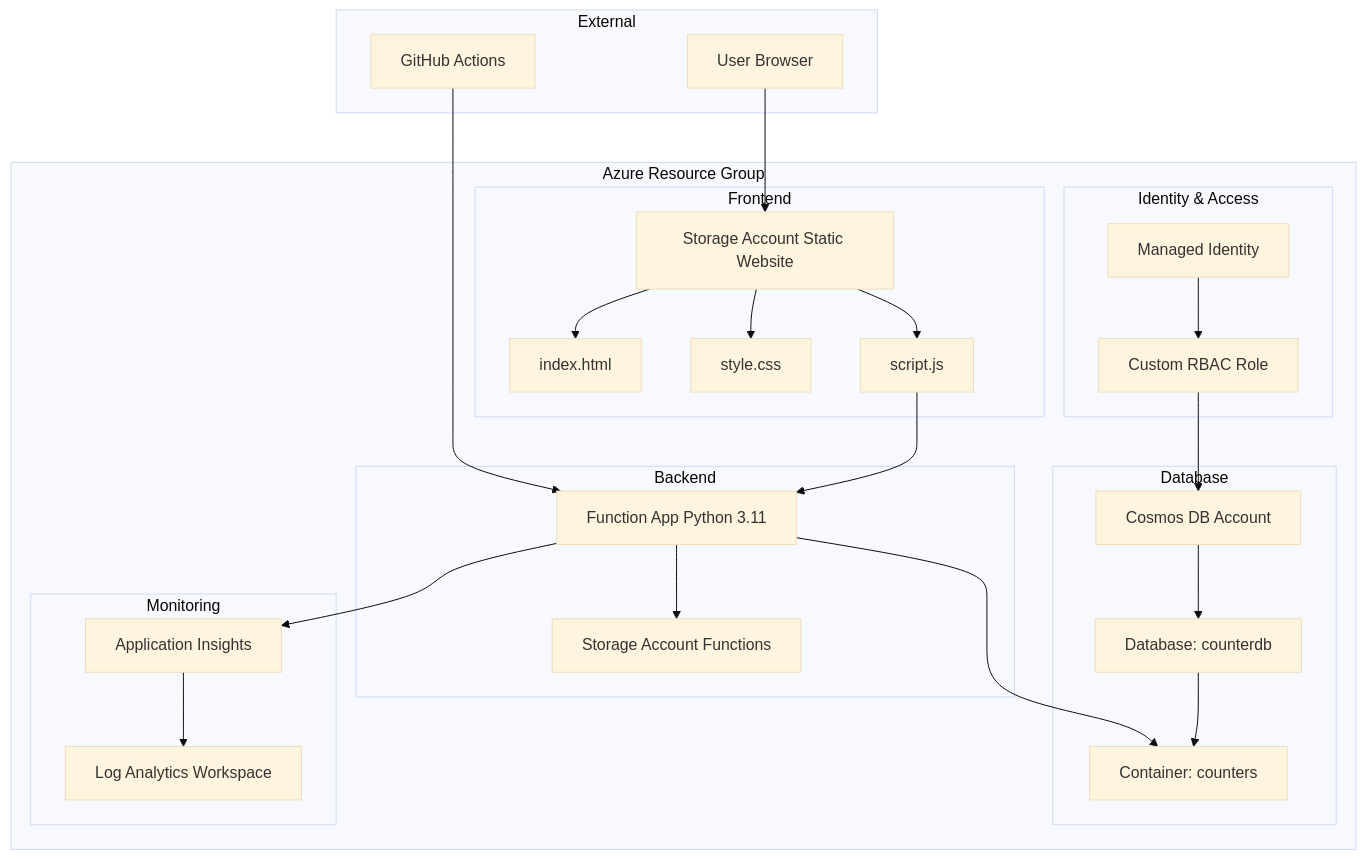
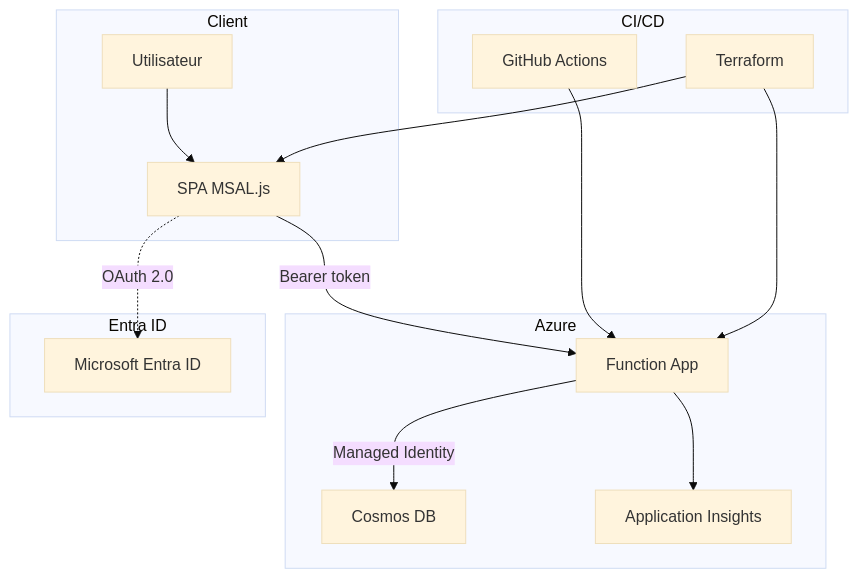
Before and after one commit to Glutenfree69/Azure_function: the third of 3 diagrams in README.md, drawn with Mermaid (base theme). The commit also changed other lines of this file and 1 other file, not shown here.

Commit message:
:bento: trimsuffix pour les cors parce que azure c'est a chier + docs :bento:

````diff
--- a/README.md
+++ b/README.md
@@ -632,47 +104,22 @@
 ```mermaid
 graph TB
-    subgraph "Azure Resource Group"
-        subgraph "Frontend"
-            SW[Storage Account Static Website]
-            SW --> HTML[index.html]
-            SW --> CSS[style.css] 
-            SW --> JS[script.js]
-        end
-        
-        subgraph "Backend"
-            FA[Function App Python 3.11]
-            SA[Storage Account Functions]
-            FA --> SA
-        end
-        
-        subgraph "Database"
-            CDB[Cosmos DB Account]
-            CDB --> DB[Database: counterdb]
-            DB --> CONT[Container: counters]
-        end
-        
-        subgraph "Monitoring"
-            LAW[Log Analytics Workspace]
-            AI[Application Insights]
-            AI --> LAW
-        end
-        
-        subgraph "Identity & Access"
-            MI[Managed Identity]
-            RBAC[Custom RBAC Role]
-            MI --> RBAC
-            RBAC --> CDB
-        end
+    subgraph Client
+        USER[Utilisateur] --> SPA[SPA MSAL.js]
     end
     
-    subgraph "External"
-        USER[User Browser]
-        GH[GitHub Actions]
+    subgraph Azure
+        SPA --> |Bearer token| FA[Function App]
+        FA --> |Managed Identity| COSMOS[Cosmos DB]
+        FA --> AI[Application Insights]
     end
     
-    USER --> SW
-    JS --> FA
-    FA --> CONT
-    GH --> FA
-    FA --> AI
+    subgraph "Entra ID"
+        SPA -.->|OAuth 2.0| ENTRA[Microsoft Entra ID]
+    end
+    
+    subgraph "CI/CD"
+        GH[GitHub Actions] --> FA
+        TF[Terraform] --> SPA
+        TF --> FA
+    end
 ```
````
